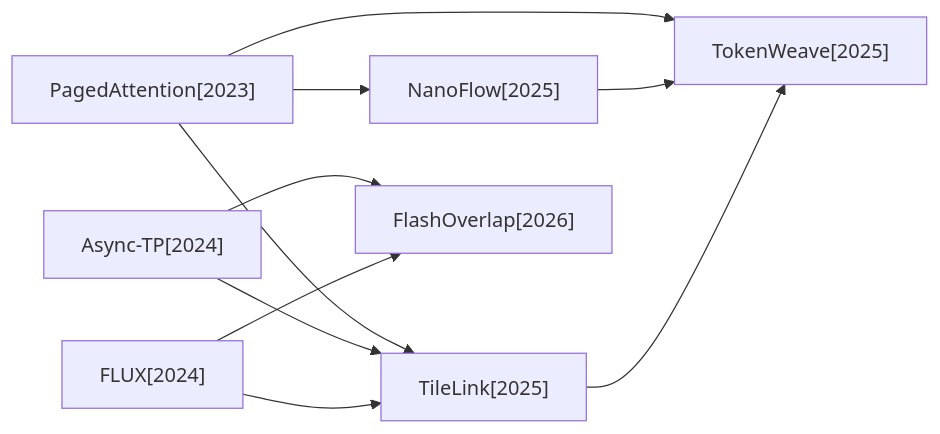
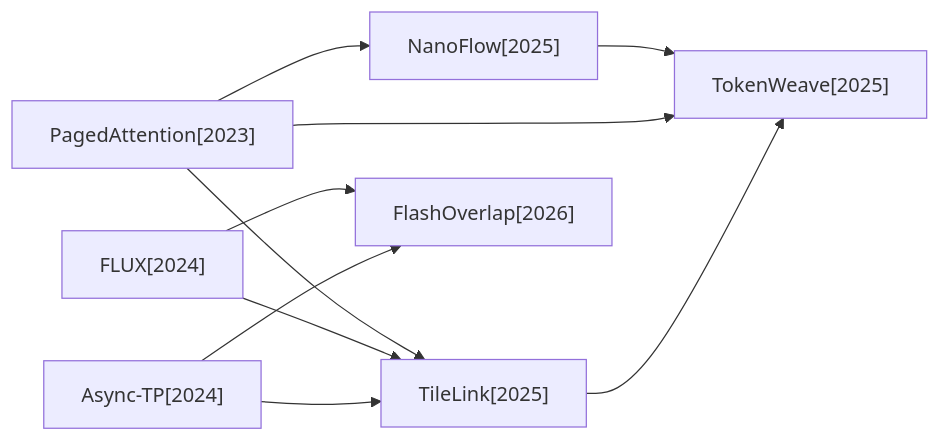
Before and after one commit to hustzxd/EfficientPaper: the first of 4 diagrams in docs/baseline_methods_graph.md, drawn with Mermaid. The commit also changed other lines of this file and 15 other files, not shown here.

````diff
--- a/docs/baseline_methods_graph.md
+++ b/docs/baseline_methods_graph.md
@@ -7,19 +7,19 @@
 ```mermaid
 flowchart LR
+    2025_NanoFlow["NanoFlow[2025]"]
     2023_PagedAttention["PagedAttention[2023]"]
-    2024_Async_TP["Async-TP[2024]"]
     2024_FLUX["FLUX[2024]"]
-    2025_TokenWeave["TokenWeave[2025]"]
-    2025_NanoFlow["NanoFlow[2025]"]
     2025_TileLink["TileLink[2025]"]
     2026_FlashOverlap["FlashOverlap[2026]"]
+    2024_Async_TP["Async-TP[2024]"]
+    2025_TokenWeave["TokenWeave[2025]"]
+    2025_NanoFlow --> 2025_TokenWeave
     2023_PagedAttention --> 2025_TileLink
     2023_PagedAttention --> 2025_NanoFlow
     2023_PagedAttention --> 2025_TokenWeave
+    2024_FLUX --> 2025_TileLink
+    2024_FLUX --> 2026_FlashOverlap
+    2025_TileLink --> 2025_TokenWeave
     2024_Async_TP --> 2025_TileLink
     2024_Async_TP --> 2026_FlashOverlap
-    2024_FLUX --> 2025_TileLink
-    2024_FLUX --> 2026_FlashOverlap
-    2025_NanoFlow --> 2025_TokenWeave
-    2025_TileLink --> 2025_TokenWeave
 ```
````
